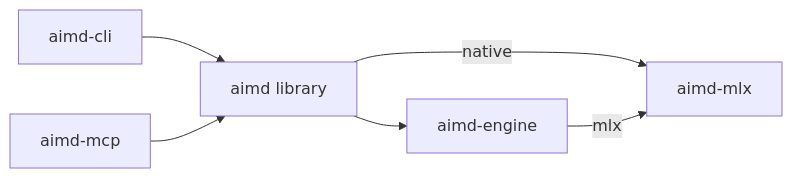
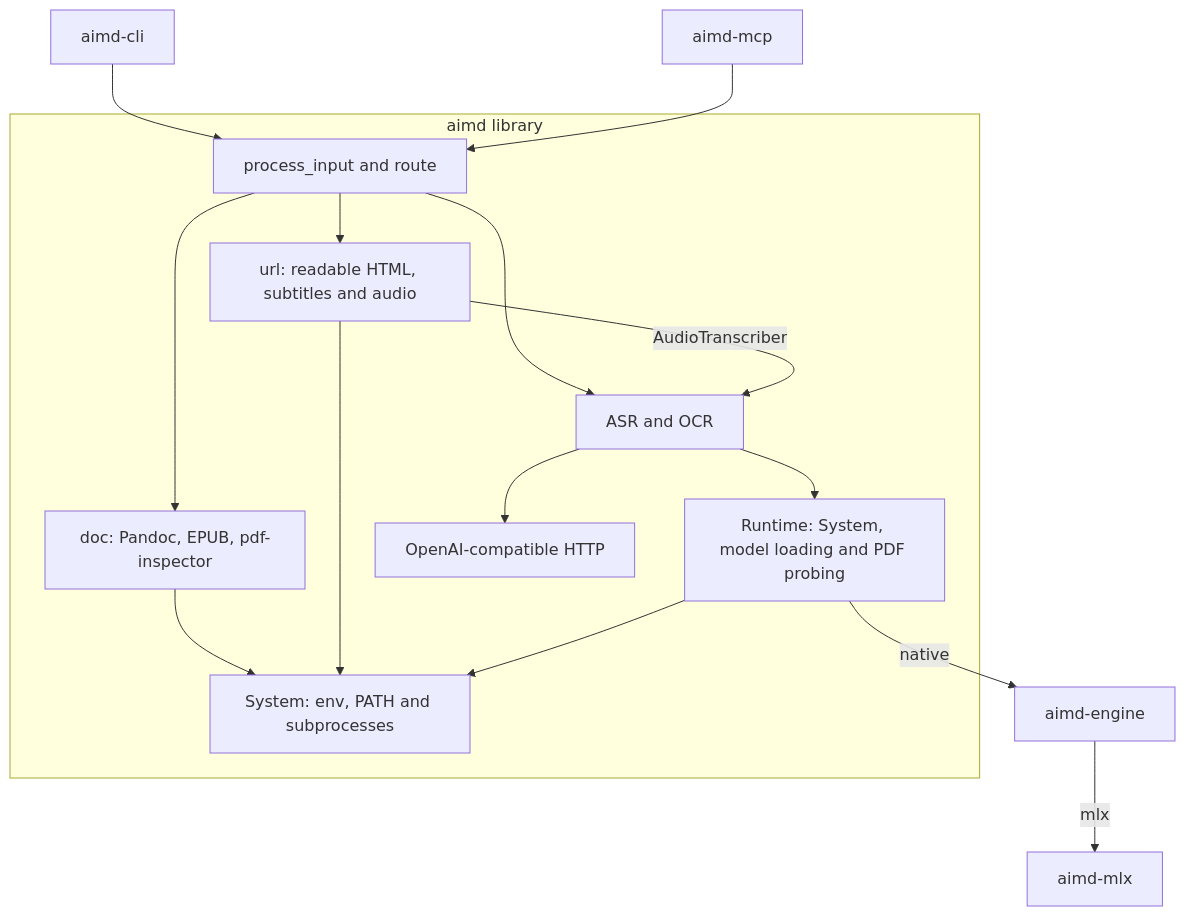
Before and after one commit to shuuul/aimd: the diagram in docs/architecture.md, drawn with Mermaid. The commit also changed other lines of this file and 6 other files, not shown here.

````diff
--- a/docs/architecture.md
+++ b/docs/architecture.md
@@ -60,8 +60,18 @@
 ```mermaid
-flowchart LR
-    CLI[aimd-cli] --> Aimd[aimd library]
-    MCP[aimd-mcp] --> Aimd
-    Aimd --> Engine[aimd-engine]
-    Aimd -->|native| MLX[aimd-mlx]
-    Engine -->|mlx| MLX
+flowchart TD
+    CLI[aimd-cli] --> Route
+    MCP[aimd-mcp] --> Route
+    subgraph Aimd[aimd library]
+        Route[process_input and route] --> Doc[doc: Pandoc, EPUB, pdf-inspector]
+        Route --> Url[url: readable HTML, subtitles and audio]
+        Route --> Inference[ASR and OCR]
+        Url -->|AudioTranscriber| Inference
+        Doc --> Sys[System: env, PATH and subprocesses]
+        Url --> Sys
+        Inference --> Runtime[Runtime: System, model loading and PDF probing]
+        Runtime --> Sys
+        Inference --> Remote[OpenAI-compatible HTTP]
+    end
+    Runtime -->|native| Engine[aimd-engine]
+    Engine -->|mlx| MLX[aimd-mlx]
 ```
````
